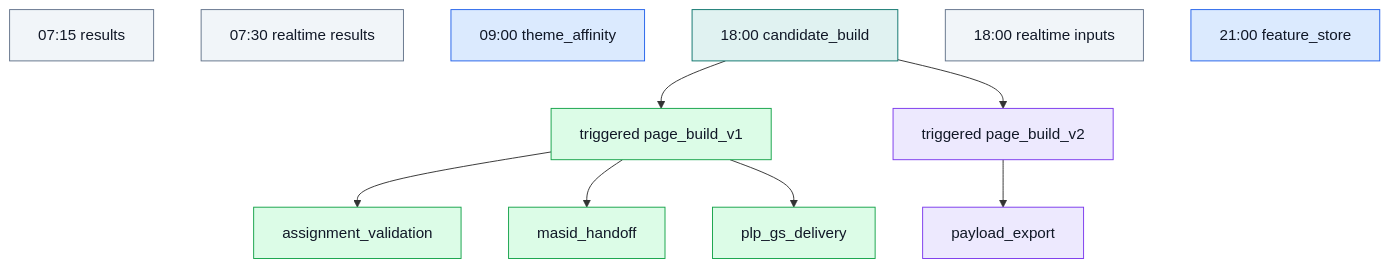
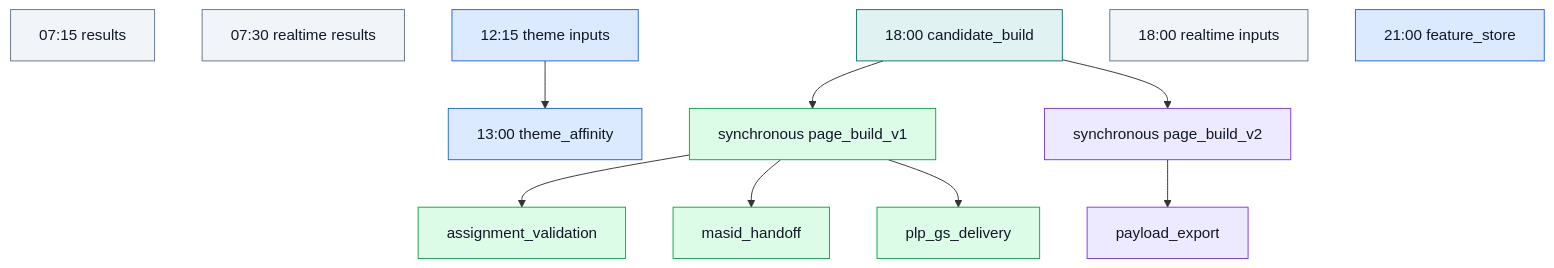
One commit to swblain-glyndwr/personal_project changed the first of 7 diagrams in docs/CICD/nextads_databricks_runtime_map.md. Above: the diagram before and after it, drawn with Mermaid. The commit also changed other lines of this file and 36 other files, not shown here.

````diff
--- a/docs/CICD/nextads_databricks_runtime_map.md
+++ b/docs/CICD/nextads_databricks_runtime_map.md
@@ -19,28 +19,30 @@
 ```mermaid
 flowchart TD
   classDef sharedModel fill:#dbeafe,stroke:#2563eb,color:#111827
   classDef sharedTask fill:#e0f2f1,stroke:#0f766e,color:#111827
   classDef v1 fill:#dcfce7,stroke:#16a34a,color:#111827
   classDef v2 fill:#ede9fe,stroke:#7c3aed,color:#111827
   classDef reporting fill:#f1f5f9,stroke:#64748b,color:#111827
 
   results["07:15 results"]:::reporting
   realtime_results["07:30 realtime results"]:::reporting
-  theme_affinity["09:00 theme_affinity"]:::sharedModel
+  theme_inputs["12:15 theme inputs"]:::sharedModel
+  theme_affinity["13:00 theme_affinity"]:::sharedModel
   candidate["18:00 candidate_build"]:::sharedTask
   realtime_inputs["18:00 realtime inputs"]:::reporting
-  page_build["triggered page_build_v1"]:::v1
-  page_build_v2["triggered page_build_v2"]:::v2
+  page_build["synchronous page_build_v1"]:::v1
+  page_build_v2["synchronous page_build_v2"]:::v2
   qa["assignment_validation"]:::v1
   masid["masid_handoff"]:::v1
   payload["payload_export"]:::v2
   plp["plp_gs_delivery"]:::v1
   feature_store["21:00 feature_store"]:::sharedModel
 
+  theme_inputs --> theme_affinity
   candidate --> page_build
   candidate --> page_build_v2
   page_build --> qa
   page_build --> masid
   page_build --> plp
   page_build_v2 --> payload
 ```
````
